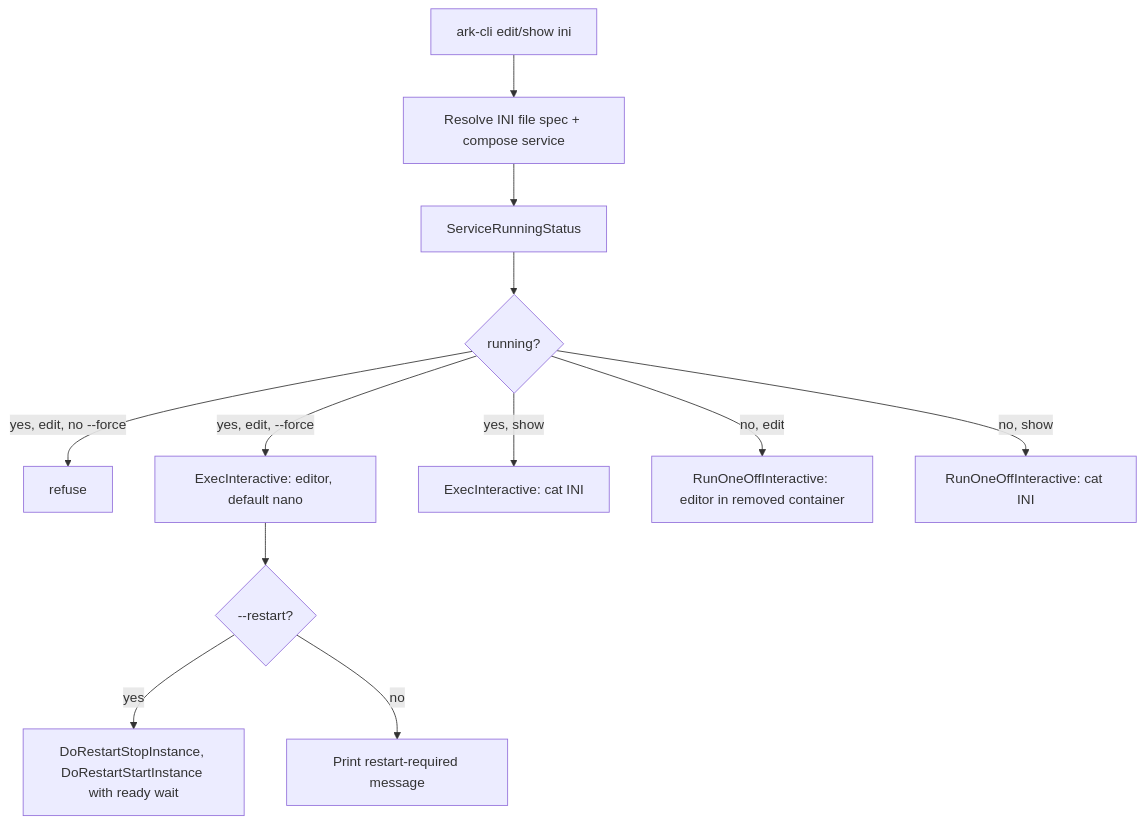
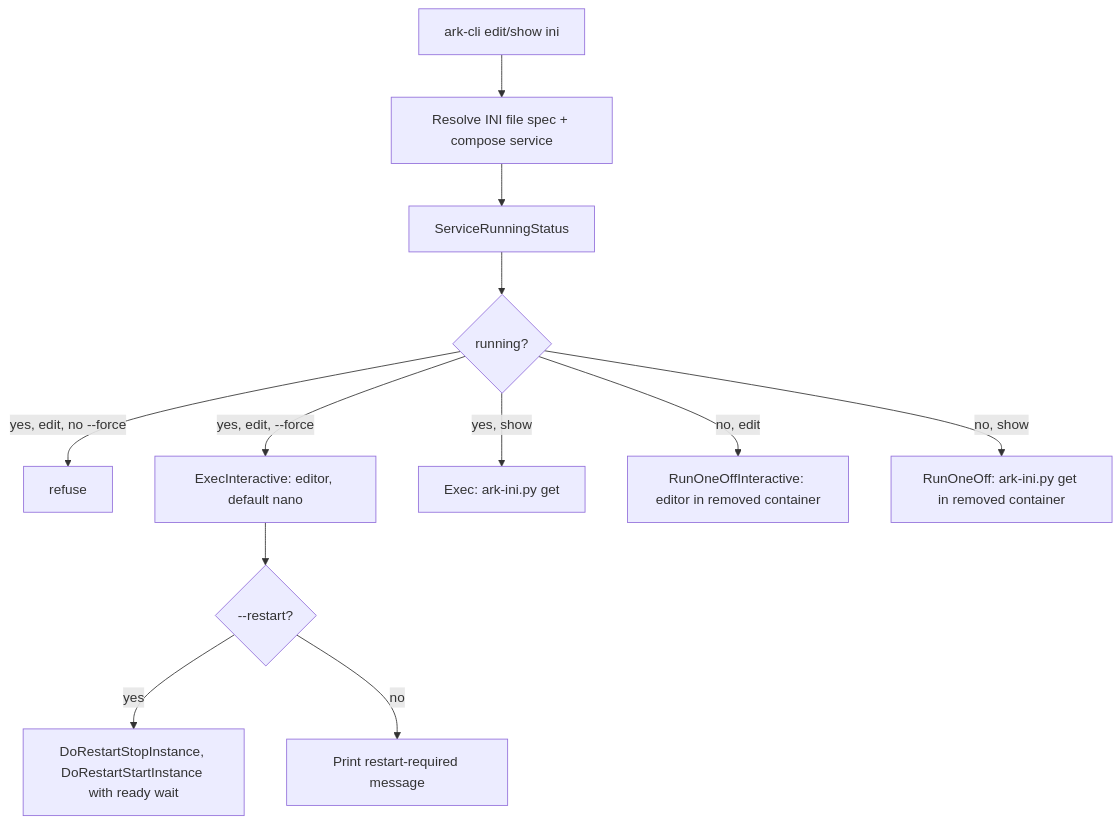
Diagram 11 of 12 in docs/dev/reference/runtime-call-graph.md (bryanwieg/arkascended-server), drawn with Mermaid before and after one commit. The commit also changed 6 other files, not shown here.

First line of the commit message:
refactor(cli): read INI files through ark-ini.py in show ini and show instance

````diff
--- a/docs/dev/reference/runtime-call-graph.md
+++ b/docs/dev/reference/runtime-call-graph.md
@@ -300,16 +300,16 @@
 ```mermaid
 flowchart TD
     A[ark-cli edit/show ini] --> B[Resolve INI file spec + compose service]
     B --> C[ServiceRunningStatus]
     C --> D{running?}
 
     D -->|"yes, edit, no --force"| X[refuse]
     D -->|"yes, edit, --force"| E[ExecInteractive: editor, default nano]
-    D -->|"yes, show"| F[ExecInteractive: cat INI]
+    D -->|"yes, show"| F[Exec: ark-ini.py get]
     D -->|"no, edit"| G[RunOneOffInteractive: editor in removed container]
-    D -->|"no, show"| H[RunOneOffInteractive: cat INI]
+    D -->|"no, show"| H[RunOneOff: ark-ini.py get in removed container]
 
     E --> I{--restart?}
     I -->|"yes"| J[DoRestartStopInstance, DoRestartStartInstance with ready wait]
     I -->|"no"| K[Print restart-required message]
 ```
````
